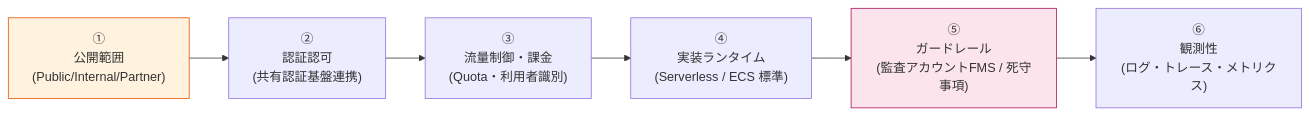
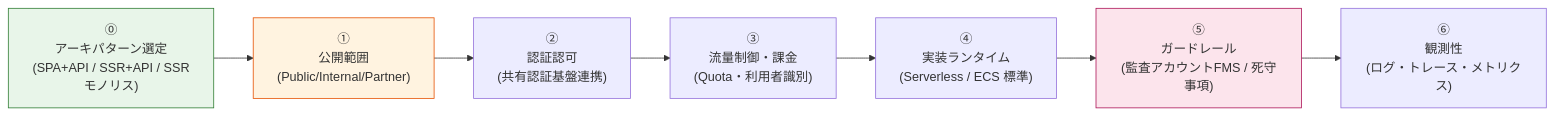
One commit to suepie/aws-atuh-poc changed the first of 4 diagrams in doc/api-platform/requirements-document-structure.md. Above: the diagram before and after it, drawn with Mermaid. The commit also changed other lines of this file and 14 other files, not shown here.

````diff
--- a/doc/api-platform/requirements-document-structure.md
+++ b/doc/api-platform/requirements-document-structure.md
@@ -27,11 +27,13 @@
 ```mermaid
 flowchart LR
-    S1["①<br/>公開範囲<br/>(Public/Internal/Partner)"] --> S2["②<br/>認証認可<br/>(共有認証基盤連携)"]
+    S0["⓪<br/>アーキパターン選定<br/>(SPA+API / SSR+API / SSRモノリス)"] --> S1["①<br/>公開範囲<br/>(Public/Internal/Partner)"]
+    S1 --> S2["②<br/>認証認可<br/>(共有認証基盤連携)"]
     S2 --> S3["③<br/>流量制御・課金<br/>(Quota・利用者識別)"]
     S3 --> S4["④<br/>実装ランタイム<br/>(Serverless / ECS 標準)"]
     S4 --> S5["⑤<br/>ガードレール<br/>(監査アカウントFMS / 死守事項)"]
     S5 --> S6["⑥<br/>観測性<br/>(ログ・トレース・メトリクス)"]
 
+    style S0 fill:#e8f5e9,stroke:#2e7d32
     style S1 fill:#fff3e0,stroke:#e65100
     style S5 fill:#fce4ec,stroke:#ad1457
 ```
````
